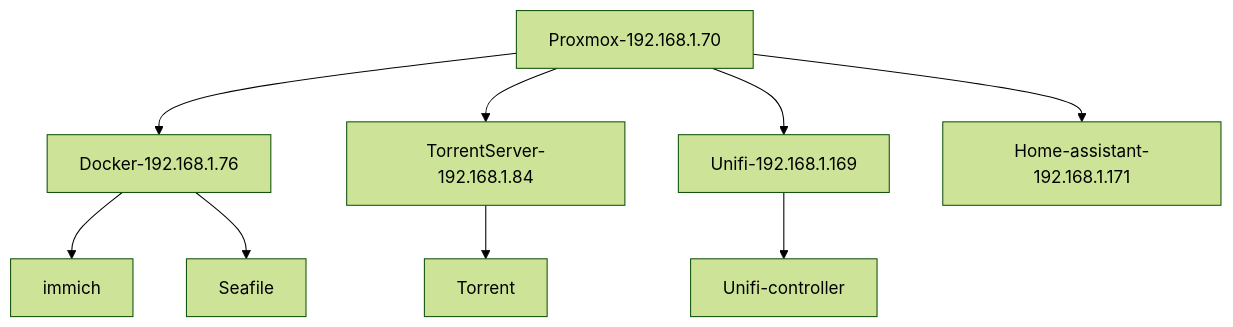
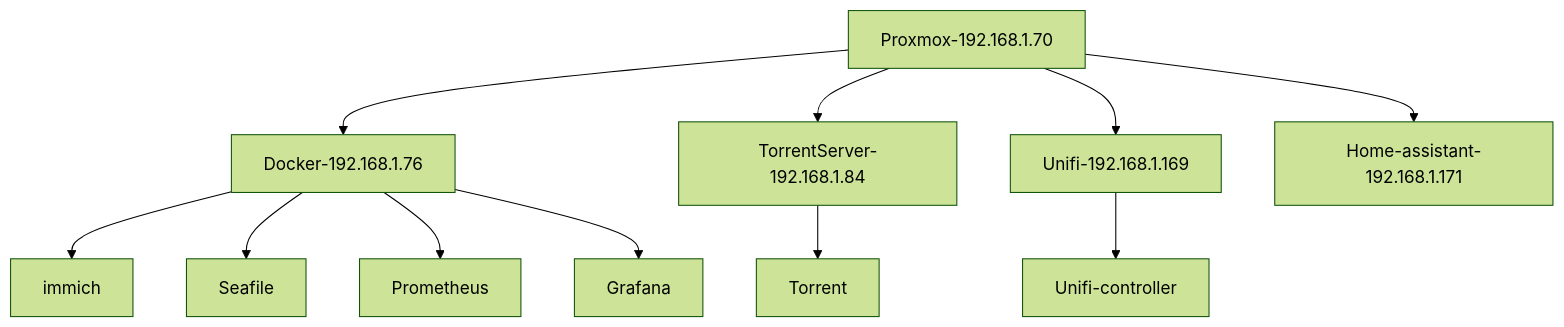
The diagram in diagrams/infra.mmd (BenceGyurus/Homelab), drawn with Mermaid (forest theme) before and after one commit.

Commit message:
infra.mmd delete plex

```diff
--- a/diagrams/infra.mmd
+++ b/diagrams/infra.mmd
@@ -1,12 +1,14 @@
 graph TD;
     Proxmox-192.168.1.70-->Docker-192.168.1.76;
     Docker-192.168.1.76-->immich;
     Docker-192.168.1.76-->Seafile
+    Docker-192.168.1.76-->Prometheus
+    Docker-192.168.1.76-->Grafana
     
     Proxmox-192.168.1.70-->TorrentServer-192.168.1.84;
     TorrentServer-192.168.1.84-->Torrent
     
     Proxmox-192.168.1.70-->Unifi-192.168.1.169
     Unifi-192.168.1.169-->Unifi-controller
     
     Proxmox-192.168.1.70-->Home-assistant-192.168.1.171
```
